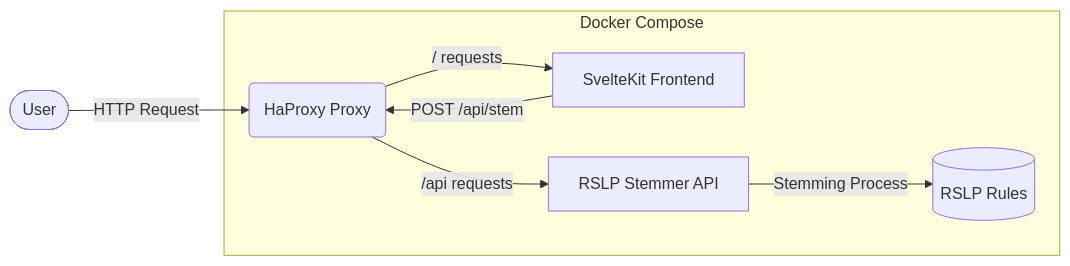
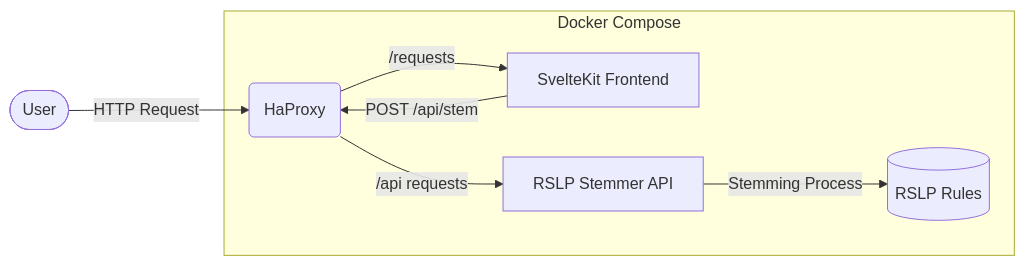
Before and after one commit to MateuxLucax/rslp-checker: the first of 2 diagrams in README.md, drawn with Mermaid.

Commit message:
refac: update system architecture diagram

````diff
--- a/README.md
+++ b/README.md
@@ -12,14 +12,14 @@
 ```mermaid
 flowchart LR
-    Client([User]) -->|HTTP Request| HaProxy(HaProxy Proxy)
-    HaProxy -->|/ requests| Frontend[SvelteKit Frontend]
+    Client([User]) -->|HTTP Request| HaProxy(HaProxy)
+    HaProxy -->| /requests| Frontend[SvelteKit Frontend]
     HaProxy -->|/api requests| Backend[RSLP Stemmer API]
     Frontend -->|POST /api/stem| HaProxy
     Backend -->|Stemming Process| RSLPRules[(RSLP Rules)]
     subgraph Docker Compose
         HaProxy
         Frontend
         Backend
         RSLPRules
     end
 ```
````
